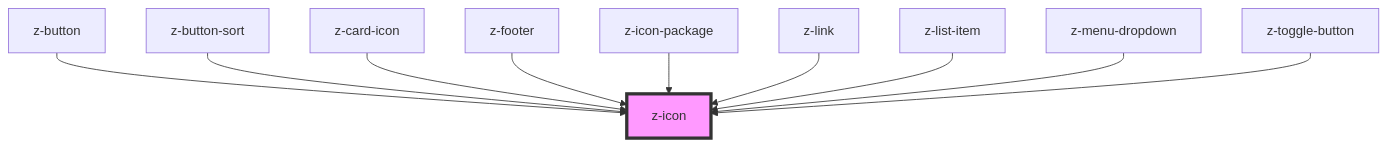
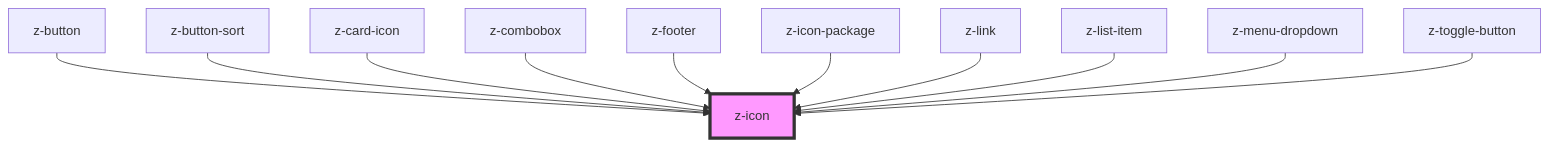
The diagram in web-components-library/src/components/z-icon/readme.md (ZanichelliEditore/design-system), drawn with Mermaid before and after one commit. The commit also changed other lines of this file and 4 other files, not shown here.

````diff
--- a/web-components-library/src/components/z-icon/readme.md
+++ b/web-components-library/src/components/z-icon/readme.md
@@ -33,13 +34,14 @@
 ```mermaid
 graph TD;
   z-button --> z-icon
   z-button-sort --> z-icon
   z-card-icon --> z-icon
+  z-combobox --> z-icon
   z-footer --> z-icon
   z-icon-package --> z-icon
   z-link --> z-icon
   z-list-item --> z-icon
   z-menu-dropdown --> z-icon
   z-toggle-button --> z-icon
   style z-icon fill:#f9f,stroke:#333,stroke-width:4px
 ```
````
